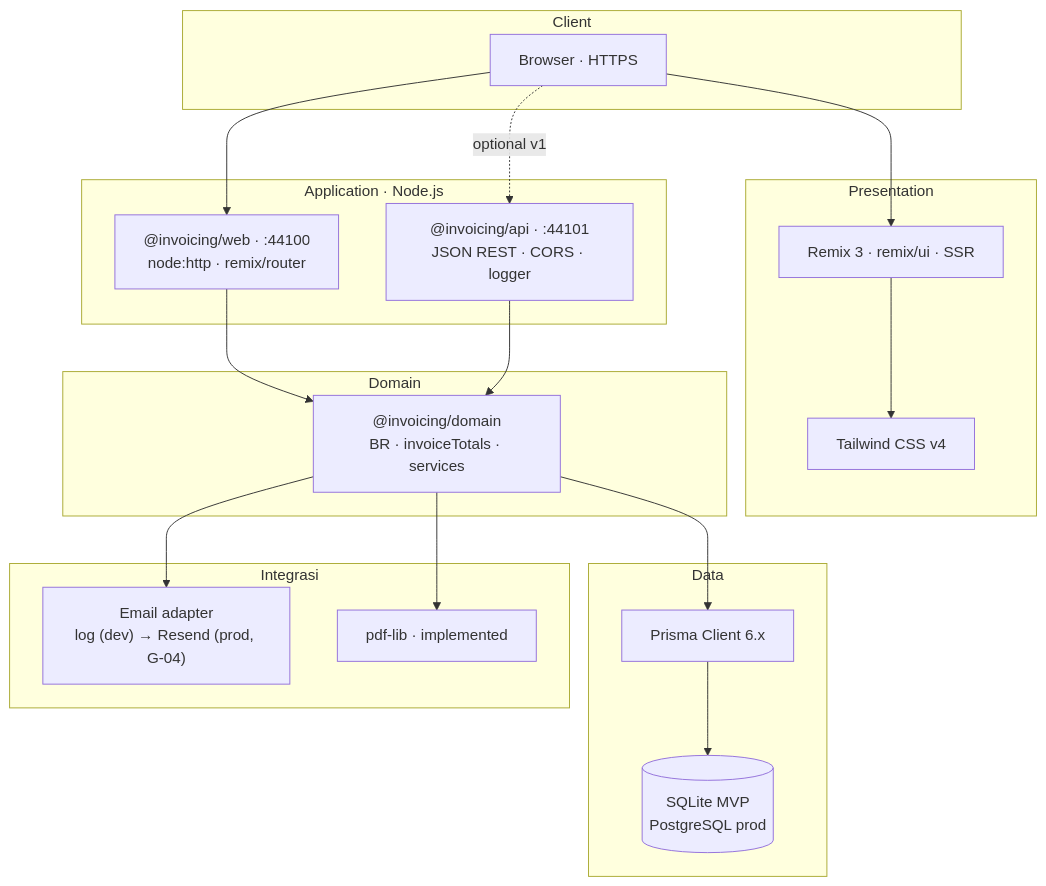
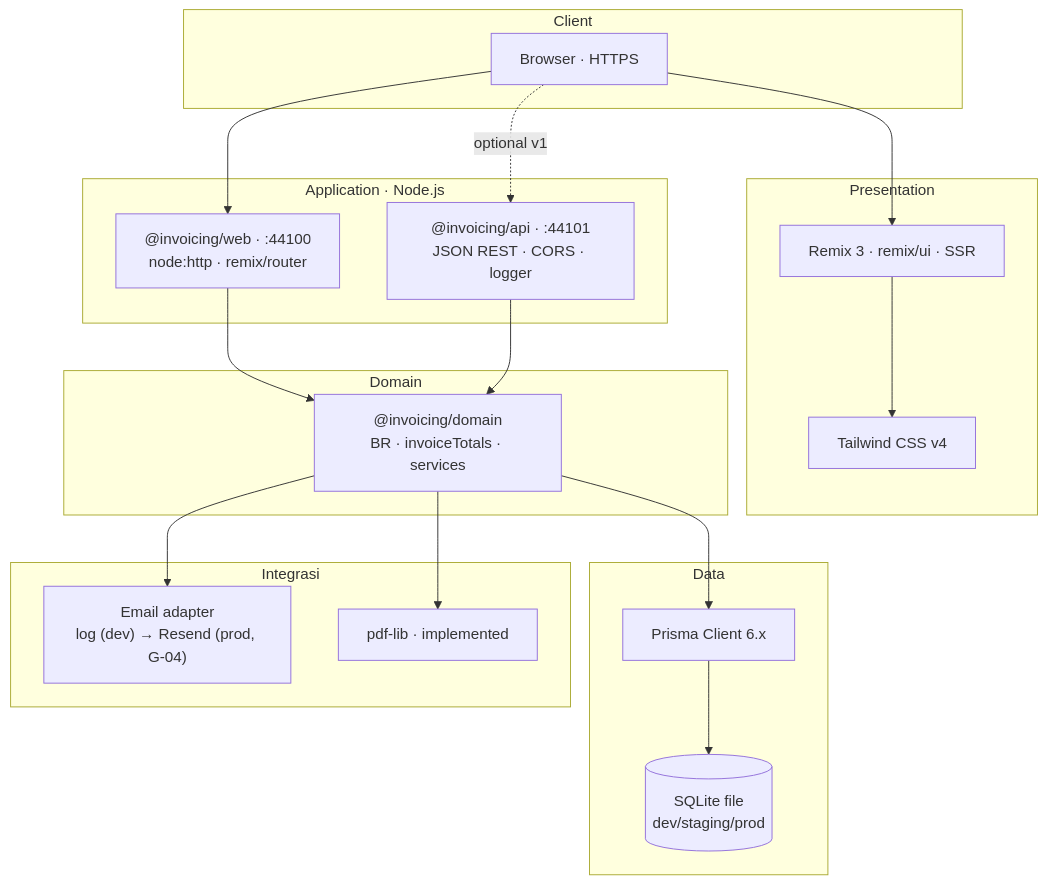
One commit to Inoeng85/invoicing-agentic changed the first of 4 diagrams in docs/invoicing/engineering/TECHNOLOGY-STACK.md. Above: the diagram before and after it, drawn with Mermaid. The commit also changed other lines of this file and 19 other files, not shown here.

````diff
--- a/docs/invoicing/engineering/TECHNOLOGY-STACK.md
+++ b/docs/invoicing/engineering/TECHNOLOGY-STACK.md
@@ -32,41 +32,41 @@
 ```mermaid
 flowchart TB
   subgraph client [Client]
     Browser[Browser · HTTPS]
   end
 
   subgraph presentation [Presentation]
     RemixUI[Remix 3 · remix/ui · SSR]
     Tailwind[Tailwind CSS v4]
   end
 
   subgraph application [Application · Node.js]
     Web["@invoicing/web · :44100<br/>node:http · remix/router"]
     Api["@invoicing/api · :44101<br/>JSON REST · CORS · logger"]
   end
 
   subgraph domainLayer [Domain]
     Domain["@invoicing/domain<br/>BR · invoiceTotals · services"]
   end
 
   subgraph dataLayer [Data]
     Prisma[Prisma Client 6.x]
-    DB[("SQLite MVP<br/>PostgreSQL prod")]
+    DB[("SQLite file<br/>dev/staging/prod")]
   end
 
   subgraph external [Integrasi]
     Email["Email adapter<br/>log (dev) → Resend (prod, G-04)"]
     PDF["pdf-lib · implemented"]
   end
 
   Browser --> RemixUI
   RemixUI --> Tailwind
   Browser --> Web
   Browser -.->|optional v1| Api
   Web --> Domain
   Api --> Domain
   Domain --> Prisma
   Prisma --> DB
   Domain --> Email
   Domain --> PDF
 ```
````
